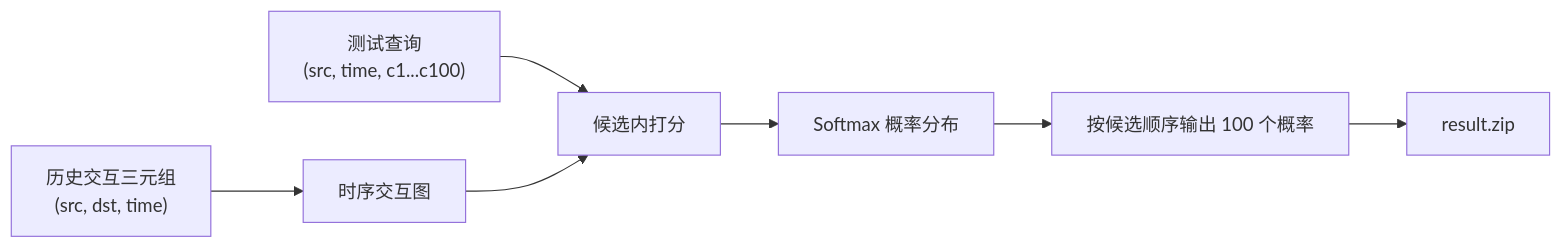
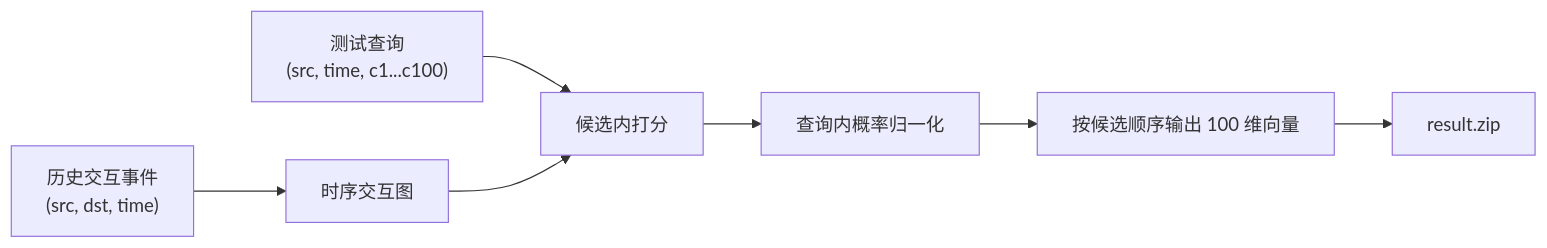
Before and after one commit to Puiching-Memory/jittor-GPNUT1-JGRec: the first of 4 diagrams in docs/research/problem-overview.md, drawn with Mermaid. The commit also changed other lines of this file and 8 other files, not shown here.

First line of the commit message:
docs: 重构和美化全套技术文档，引入 Mermaid 流程图与 LaTeX 数学公式

````diff
--- a/docs/research/problem-overview.md
+++ b/docs/research/problem-overview.md
@@ -19,9 +19,9 @@
 ```mermaid
 flowchart LR
-    A["历史交互三元组<br/>(src, dst, time)"] --> B["时序交互图"]
+    A["历史交互事件<br/>(src, dst, time)"] --> B["时序交互图"]
     C["测试查询<br/>(src, time, c1...c100)"] --> D["候选内打分"]
     B --> D
-    D --> E["Softmax 概率分布"]
-    E --> F["按候选顺序输出 100 个概率"]
+    D --> E["查询内概率归一化"]
+    E --> F["按候选顺序输出 100 维向量"]
     F --> G["result.zip"]
 ```
````
